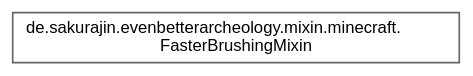
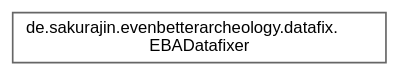
One commit to noah1510/EvenBetterArcheology changed the diagram in inherit_graph_11.dot. Above: the diagram before and after it, drawn with Graphviz. The commit also changed 197 other files, not shown here.

```diff
--- a/inherit_graph_11.dot
+++ b/inherit_graph_11.dot
@@ -1,9 +1,9 @@
 digraph "Graphical Class Hierarchy"
 {
  // LATEX_PDF_SIZE
   bgcolor="transparent";
   edge [fontname=Helvetica,fontsize=10,labelfontname=Helvetica,labelfontsize=10];
   node [fontname=Helvetica,fontsize=10,shape=box,height=0.2,width=0.4];
   rankdir="LR";
-  Node0 [label="de.sakurajin.evenbetterarcheology.mixin.minecraft.\lFasterBrushingMixin",height=0.2,width=0.4,color="grey40", fillcolor="white", style="filled",URL="$classde_1_1sakurajin_1_1evenbetterarcheology_1_1mixin_1_1minecraft_1_1FasterBrushingMixin.html",tooltip=" "];
+  Node0 [label="de.sakurajin.evenbetterarcheology.datafix.\lEBADatafixer",height=0.2,width=0.4,color="grey40", fillcolor="white", style="filled",URL="$classde_1_1sakurajin_1_1evenbetterarcheology_1_1datafix_1_1EBADatafixer.html",tooltip=" "];
 }
```
